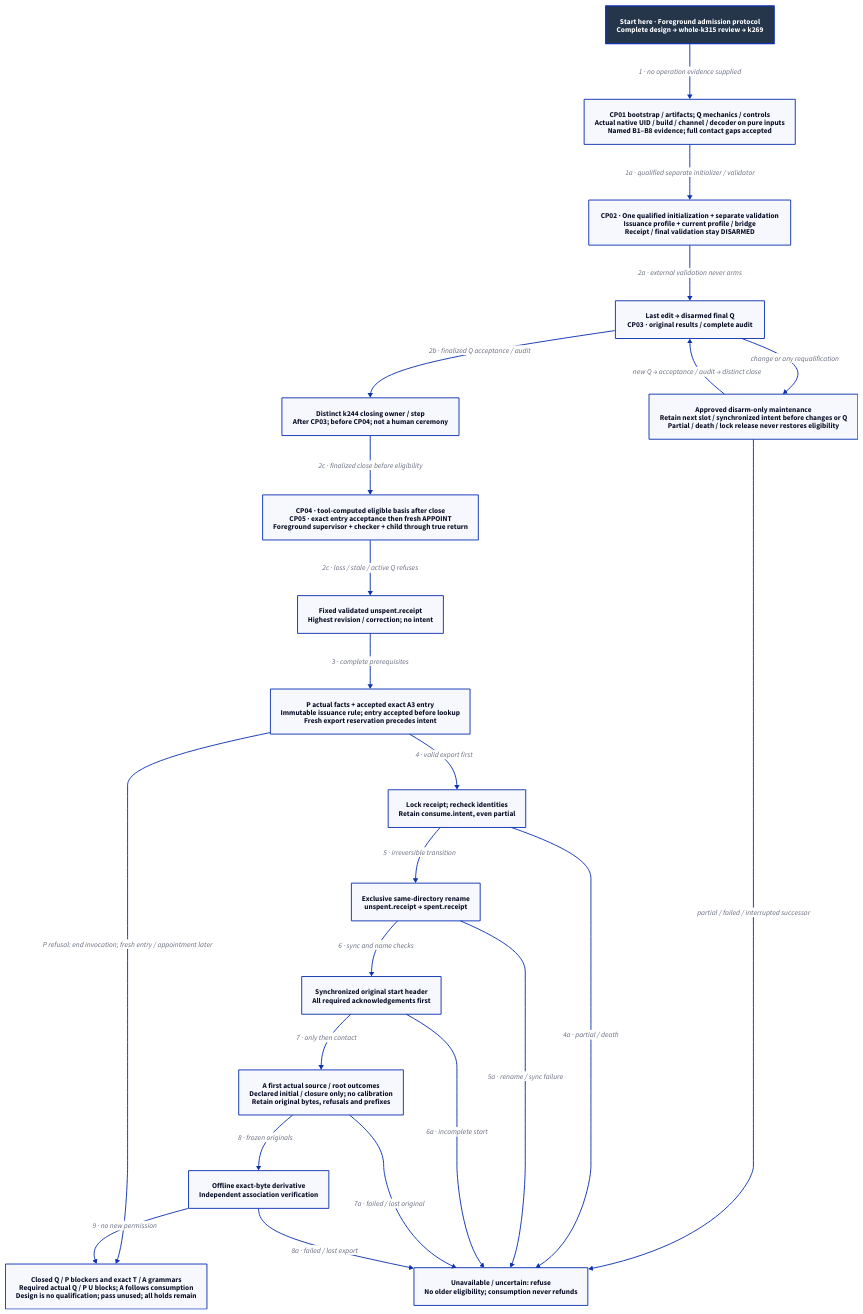
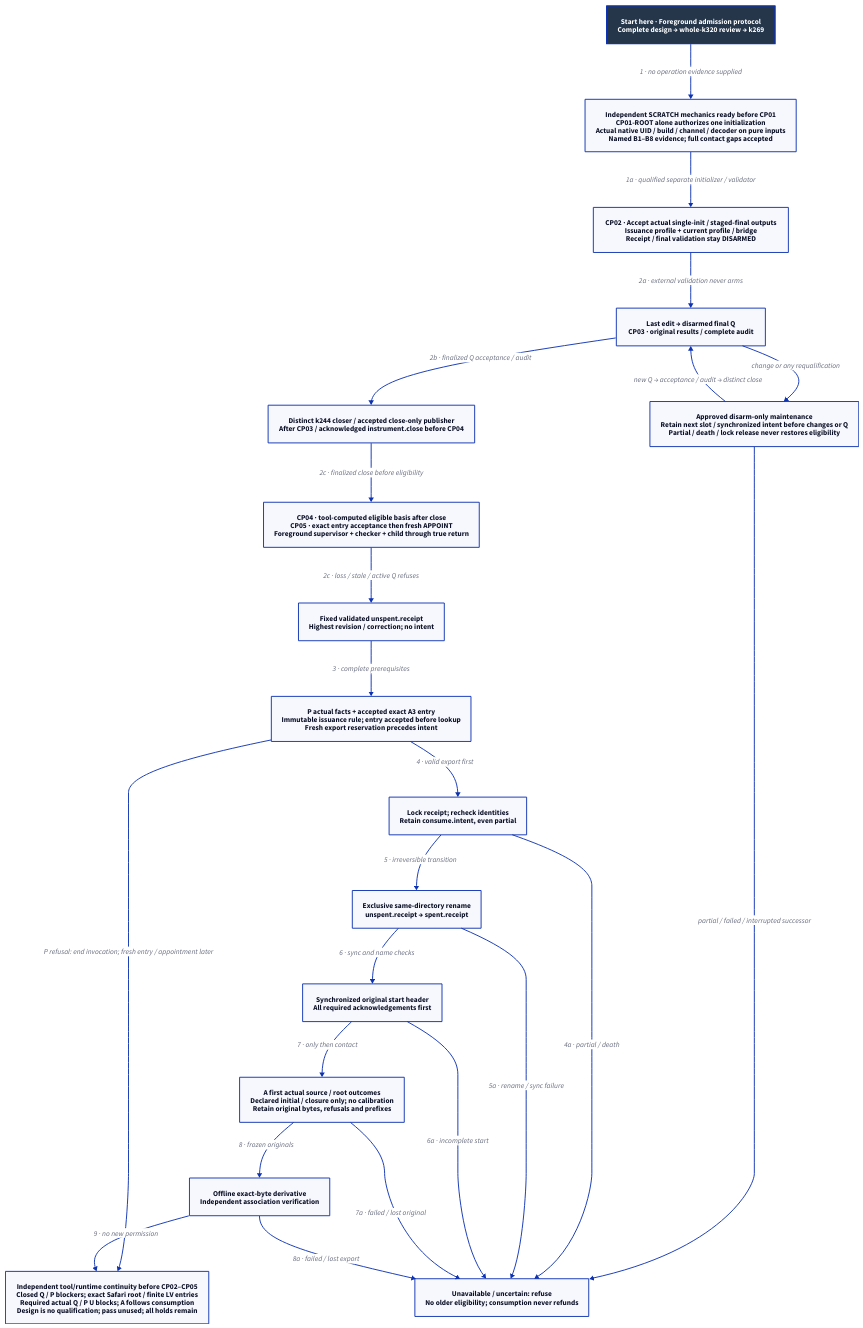
One commit to Linkuistics/Koine changed the diagram in docs/design/architecture/native-reference-admission.d2. Above: the diagram before and after it, drawn with D2. The commit also changed 49 other files, not shown here.

Commit message:
Repair coherent practical reference admission (reference-evidence-practical-admission-k320)

```diff
--- a/docs/design/architecture/native-reference-admission.d2
+++ b/docs/design/architecture/native-reference-admission.d2
@@ -1,43 +1,43 @@
 # Proposed lifecycle; complete contract is normative and qualification remains due.
 direction: down
 classes: {
   start: {style: {fill: "#25364B"; font-color: "#FFFFFF"; bold: true; stroke-width: 3}}
 }
-Start: "Start here · Foreground admission protocol\nComplete design → whole-k315 review → k269" {class: start}
-Qualify: "CP01 bootstrap / artifacts; Q mechanics / controls\nActual native UID / build / channel / decoder on pure inputs\nNamed B1–B8 evidence; full contact gaps accepted"
-Provision: "CP02 · One qualified initialization + separate validation\nIssuance profile + current profile / bridge\nReceipt / final validation stay DISARMED"
+Start: "Start here · Foreground admission protocol\nComplete design → whole-k320 review → k269" {class: start}
+Qualify: "Independent SCRATCH mechanics ready before CP01\nCP01-ROOT alone authorizes one initialization\nActual native UID / build / channel / decoder on pure inputs\nNamed B1–B8 evidence; full contact gaps accepted"
+Provision: "CP02 · Accept actual single-init / staged-final outputs\nIssuance profile + current profile / bridge\nReceipt / final validation stay DISARMED"
 Final: "Last edit → disarmed final Q\nCP03 · original results / complete audit"
 Release: "CP04 · tool-computed eligible basis after close\nCP05 · exact entry acceptance then fresh APPOINT\nForeground supervisor + checker + child through true return"
 Ready: "Fixed validated unspent.receipt\nHighest revision / correction; no intent"
 Export: "P actual facts + accepted exact A3 entry\nImmutable issuance rule; entry accepted before lookup\nFresh export reservation precedes intent"
 Intent: "Lock receipt; recheck identities\nRetain consume.intent, even partial"
 Spent: "Exclusive same-directory rename\nunspent.receipt → spent.receipt"
 Original: "Synchronized original start header\nAll required acknowledgements first"
 Capture: "A first actual source / root outcomes\nDeclared initial / closure only; no calibration\nRetain original bytes, refusals and prefixes"
 Derivative: "Offline exact-byte derivative\nIndependent association verification"
 Refuse: "Unavailable / uncertain: refuse\nNo older eligibility; consumption never refunds"
-Limit: "Closed Q / P blockers and exact T / A grammars\nRequired actual Q / P U blocks; A follows consumption\nDesign is no qualification; pass unused; all holds remain"
+Limit: "Independent tool/runtime continuity before CP02–CP05\nClosed Q / P blockers; exact Safari root / finite LV entries\nRequired actual Q / P U blocks; A follows consumption\nDesign is no qualification; pass unused; all holds remain"
 Maintenance: "Approved disarm-only maintenance\nRetain next slot / synchronized intent before changes or Q\nPartial / death / lock release never restores eligibility"
 Start -> Qualify: "1 · no operation evidence supplied"
 Qualify -> Provision: "1a · qualified separate initializer / validator"
 Provision -> Final: "2a · external validation never arms"
-Close: "Distinct k244 closing owner / step\nAfter CP03; before CP04; not a human ceremony"
+Close: "Distinct k244 closer / accepted close-only publisher\nAfter CP03 / acknowledged instrument.close before CP04"
 Final -> Close: "2b · finalized Q acceptance / audit"
 Close -> Release: "2c · finalized close before eligibility"
 Final -> Maintenance: "change or any requalification"
 Maintenance -> Final: "new Q → acceptance / audit → distinct close"
 Maintenance -> Refuse: "partial / failed / interrupted successor"
 Release -> Ready: "2c · loss / stale / active Q refuses"
 Ready -> Export: "3 · complete prerequisites"
 Export -> Intent: "4 · valid export first"
 Export -> Limit: "P refusal: end invocation; fresh entry / appointment later"
 Intent -> Spent: "5 · irreversible transition"
 Spent -> Original: "6 · sync and name checks"
 Original -> Capture: "7 · only then contact"
 Capture -> Derivative: "8 · frozen originals"
 Derivative -> Limit: "9 · no new permission"
 Intent -> Refuse: "4a · partial / death"
 Spent -> Refuse: "5a · rename / sync failure"
 Original -> Refuse: "6a · incomplete start"
 Capture -> Refuse: "7a · failed / lost original"
 Derivative -> Refuse: "8a · failed / lost export"
```
